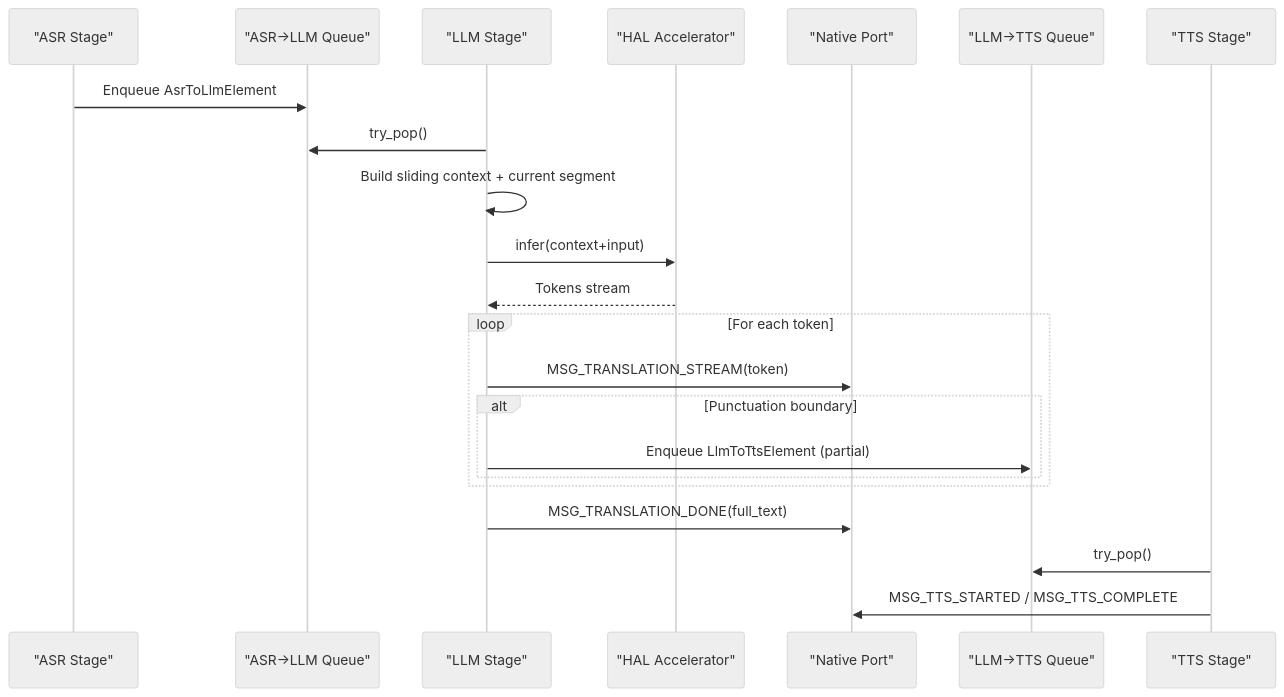
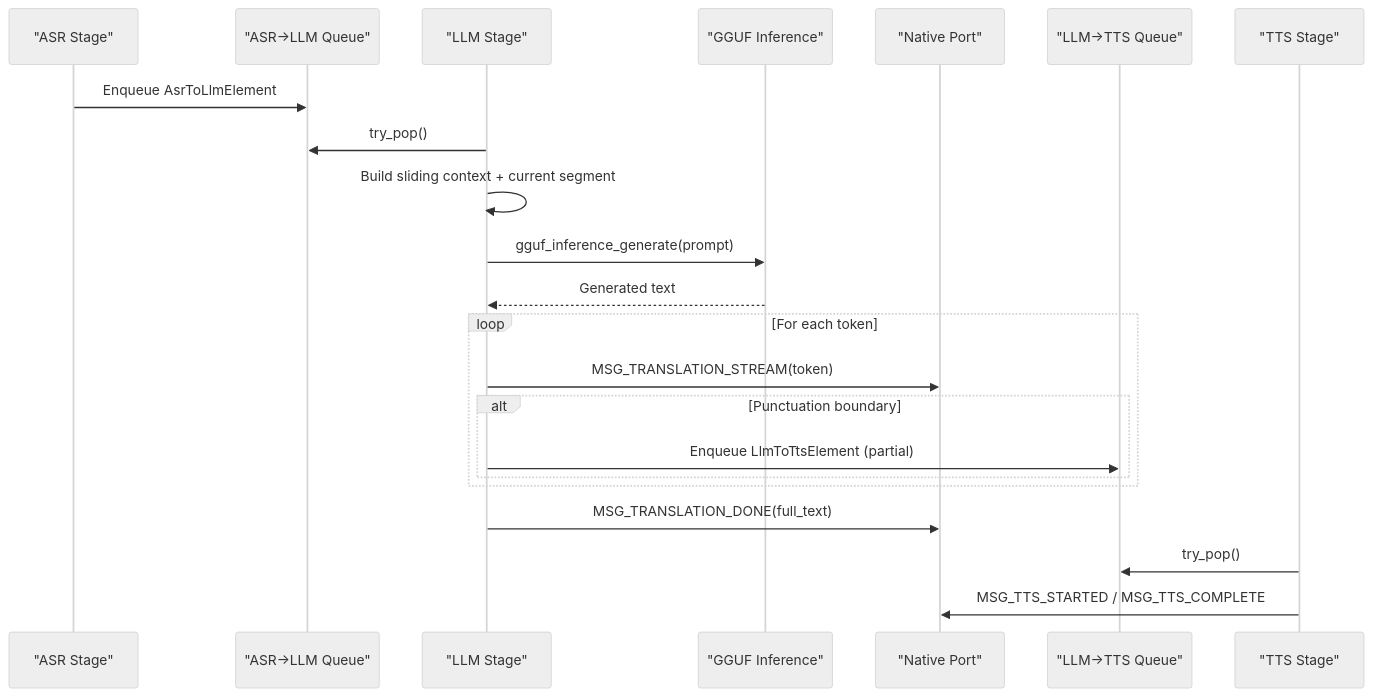
The second of 10 diagrams in .qoder/repowiki/en/content/AI Model Processing Stages/LLM Stage - Language Translation.md (iMyth/QwenEcho), drawn with Mermaid (neutral theme) before and after one commit. The commit also changed other lines of this file and 129 other files, not shown here.

````diff
--- a/.qoder/repowiki/en/content/AI Model Processing Stages/LLM Stage - Language Translation.md
+++ b/.qoder/repowiki/en/content/AI Model Processing Stages/LLM Stage - Language Translation.md
@@ -94,24 +106,24 @@
 ```mermaid
 sequenceDiagram
 participant ASR as "ASR Stage"
 participant Q1 as "ASR→LLM Queue"
 participant LLM as "LLM Stage"
-participant HAL as "HAL Accelerator"
+participant GGUF as "GGUF Inference"
 participant NP as "Native Port"
 participant Q2 as "LLM→TTS Queue"
 participant TTS as "TTS Stage"
 ASR->>Q1 : Enqueue AsrToLlmElement
 LLM->>Q1 : try_pop()
 LLM->>LLM : Build sliding context + current segment
-LLM->>HAL : infer(context+input)
-HAL-->>LLM : Tokens stream
+LLM->>GGUF : gguf_inference_generate(prompt)
+GGUF-->>LLM : Generated text
 loop For each token
 LLM->>NP : MSG_TRANSLATION_STREAM(token)
 alt Punctuation boundary
 LLM->>Q2 : Enqueue LlmToTtsElement (partial)
 end
 end
 LLM->>NP : MSG_TRANSLATION_DONE(full_text)
 TTS->>Q2 : try_pop()
 TTS->>NP : MSG_TTS_STARTED / MSG_TTS_COMPLETE
 ```
````
